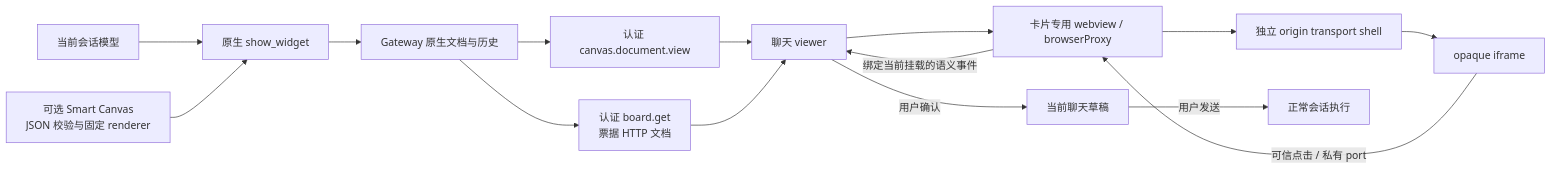
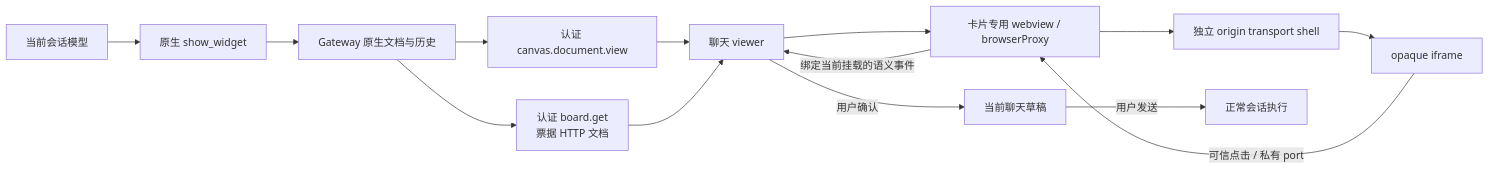
The diagram in docs/features/chat/interactive-answers.md (liangxhao/JustDo), drawn with Mermaid before and after one commit. The commit also changed other lines of this file and 103 other files, not shown here.

````diff
--- a/docs/features/chat/interactive-answers.md
+++ b/docs/features/chat/interactive-answers.md
@@ -190,17 +156,16 @@
 ```mermaid
 flowchart LR
   Model[当前会话模型] --> Tool[原生 show_widget]
-  Plugin[可选 Smart Canvas<br/>JSON 校验与固定 renderer] --> Tool
   Tool --> Native[Gateway 原生文档与历史]
   Native --> View[认证 canvas.document.view]
   Native --> Board[认证 board.get<br/>票据 HTTP 文档]
   View --> Host[聊天 viewer]
   Board --> Host
   Host --> Guest[卡片专用 webview / browserProxy]
   Guest --> Outer[独立 origin transport shell]
   Outer --> Inner[opaque iframe]
   Inner -->|可信点击 / 私有 port| Guest
   Guest -->|绑定当前挂载的语义事件| Host
   Host -->|用户确认| Draft[当前聊天草稿]
   Draft -->|用户发送| Run[正常会话执行]
 ```
````
